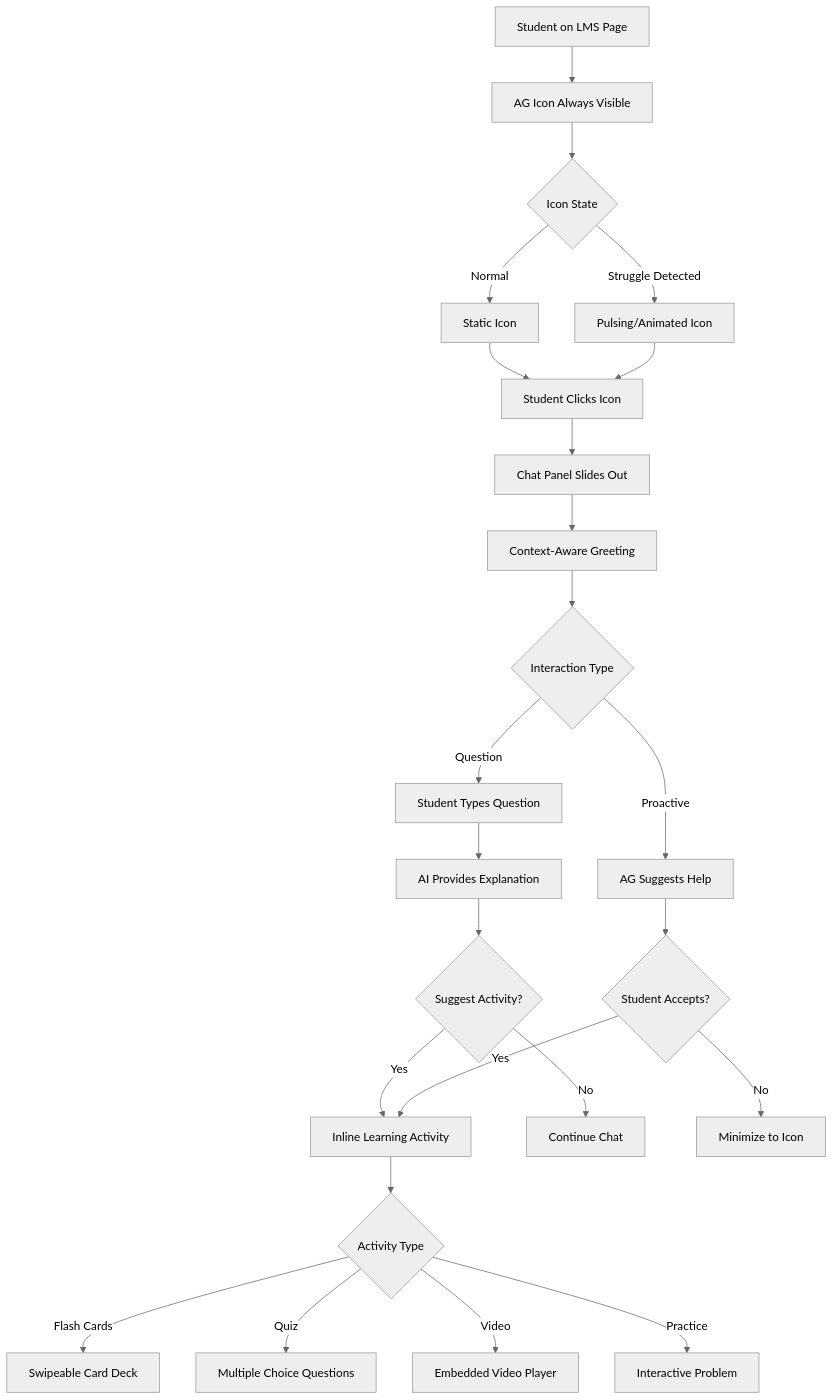
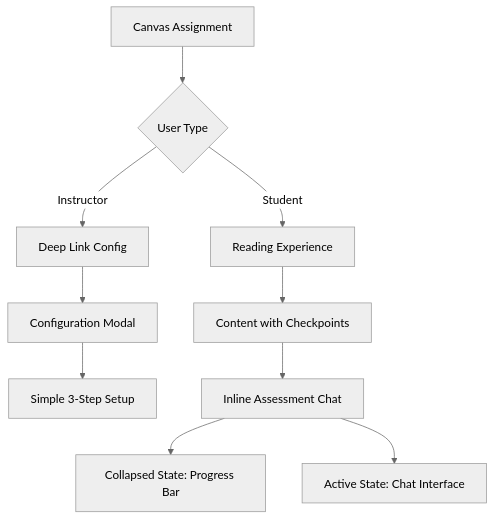
Before and after one commit to atomicjolt-com/atomic-guide: the first of 3 diagrams in docs/front-end-spec.md, drawn with Mermaid (neutral theme). The commit also changed other lines of this file and 71 other files, not shown here.

First line of the commit message:
Add deep linking stories for content selection, dynamic page creation, and assessment configuration

````diff
--- a/docs/front-end-spec.md
+++ b/docs/front-end-spec.md
@@ -177,30 +79,14 @@
 ```mermaid
 graph TD
-    A[Student on LMS Page] --> B[AG Icon Always Visible]
-    B --> C{Icon State}
-    C -->|Normal| D[Static Icon]
-    C -->|Struggle Detected| E[Pulsing/Animated Icon]
-    
-    D --> F[Student Clicks Icon]
-    E --> F
-    F --> G[Chat Panel Slides Out]
-    G --> H[Context-Aware Greeting]
-    H --> I{Interaction Type}
-    
-    I -->|Question| J[Student Types Question]
-    J --> K[AI Provides Explanation]
-    K --> L{Suggest Activity?}
-    L -->|Yes| M[Inline Learning Activity]
-    L -->|No| R[Continue Chat]
-    
-    I -->|Proactive| N[AG Suggests Help]
-    N --> O{Student Accepts?}
-    O -->|Yes| M
-    O -->|No| P[Minimize to Icon]
-    
-    M --> Q{Activity Type}
-    Q -->|Flash Cards| S[Swipeable Card Deck]
-    Q -->|Quiz| T[Multiple Choice Questions]
-    Q -->|Video| U[Embedded Video Player]
-    Q -->|Practice| V[Interactive Problem]
+    A[Canvas Assignment] --> B{User Type}
+    B -->|Instructor| C[Deep Link Config]
+    B -->|Student| D[Reading Experience]
+
+    C --> E[Configuration Modal]
+    E --> F[Simple 3-Step Setup]
+
+    D --> G[Content with Checkpoints]
+    G --> H[Inline Assessment Chat]
+    H --> I[Collapsed State: Progress Bar]
+    H --> J[Active State: Chat Interface]
 ```
````
